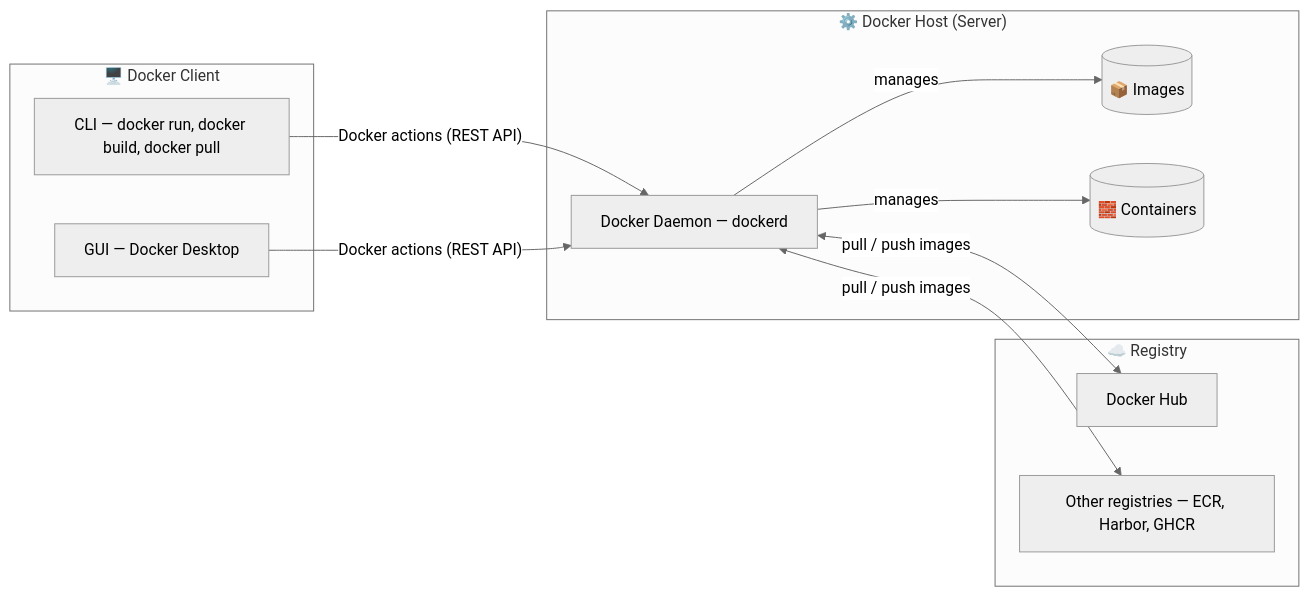
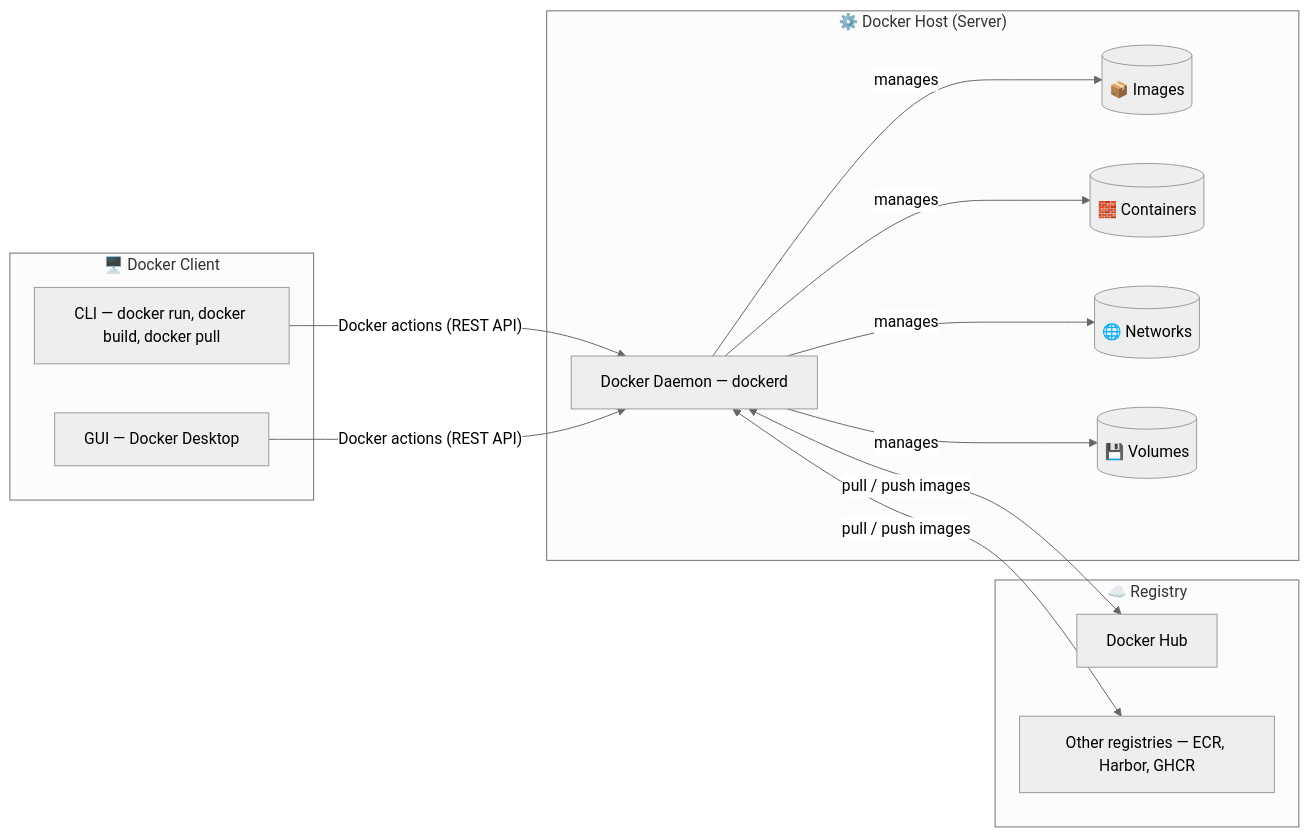
Before and after one commit to MaheshBabu-DevOps/Docker-Journey: the first of 2 diagrams in 01-docker-foundation/02-docker-architecture.md, drawn with Mermaid (neutral theme). The commit also changed 1 other file, not shown here.

Commit message:
Show networks and volumes managed by the daemon in architecture diagrams

````diff
--- a/01-docker-foundation/02-docker-architecture.md
+++ b/01-docker-foundation/02-docker-architecture.md
@@ -34,25 +34,29 @@
 ```mermaid
 flowchart LR
     subgraph Client["🖥️ Docker Client"]
         CLI["CLI — docker run, docker build, docker pull"]
         GUI["GUI — Docker Desktop"]
     end
 
     subgraph Host["⚙️ Docker Host (Server)"]
         Daemon["Docker Daemon — dockerd"]
         Images[("📦 Images")]
         Containers[("🧱 Containers")]
+        Networks[("🌐 Networks")]
+        Volumes[("💾 Volumes")]
         Daemon -- manages --> Images
         Daemon -- manages --> Containers
+        Daemon -- manages --> Networks
+        Daemon -- manages --> Volumes
     end
 
     subgraph Registry["☁️ Registry"]
         Hub["Docker Hub"]
         Other["Other registries — ECR, Harbor, GHCR"]
     end
 
     CLI -- "Docker actions (REST API)" --> Daemon
     GUI -- "Docker actions (REST API)" --> Daemon
     Daemon <-- "pull / push images" --> Hub
     Daemon <-- "pull / push images" --> Other
 ```
````
